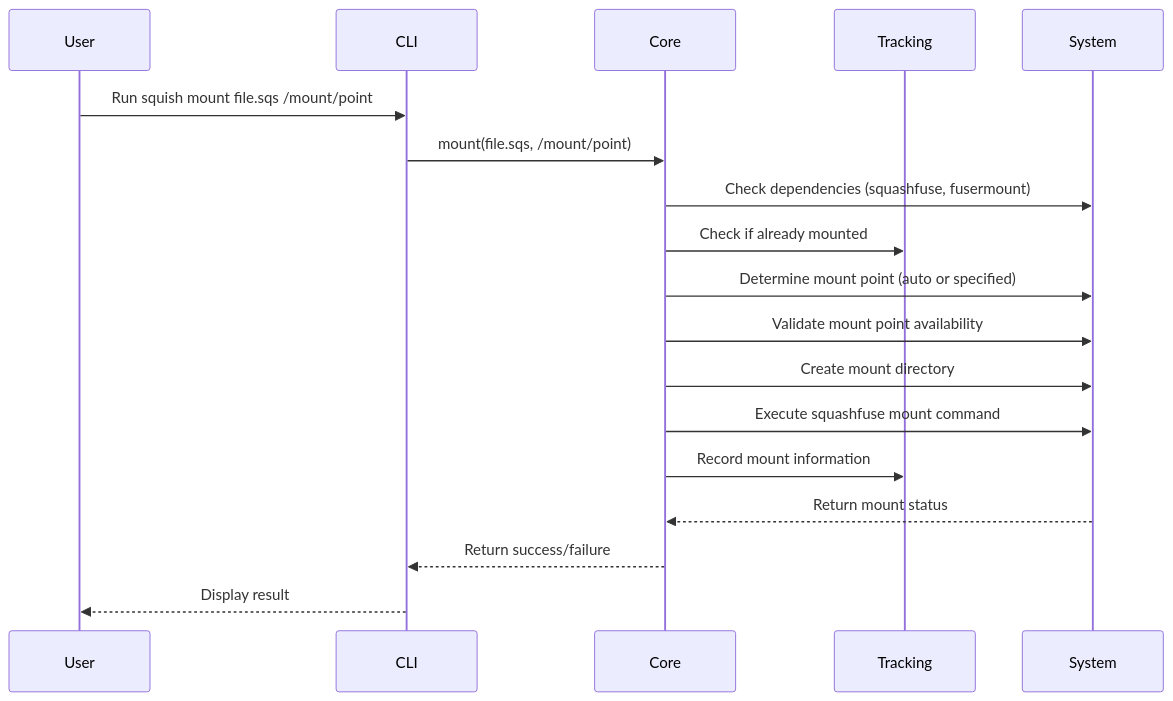
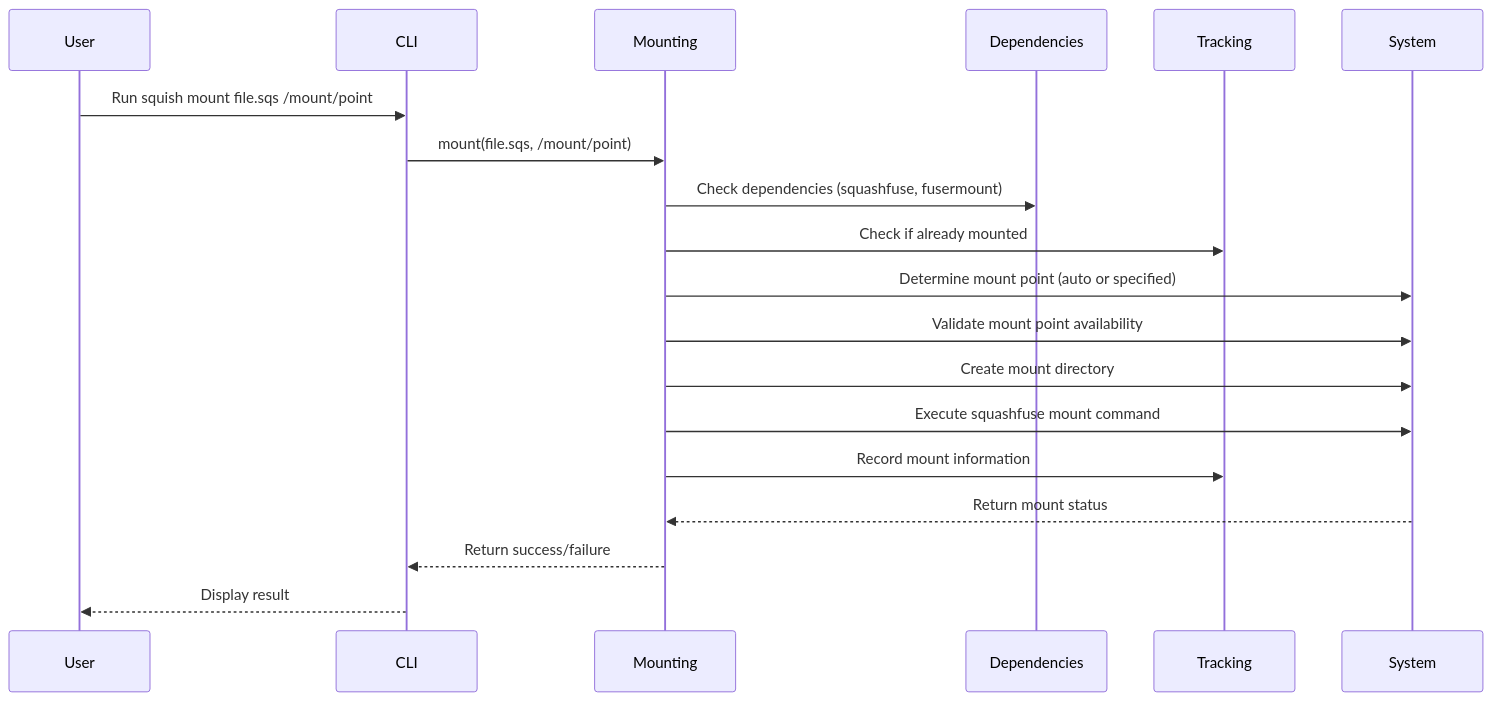
One commit to WombatFromHell/squashfs-archive-helper changed the third of 9 diagrams in DESIGN.md. Above: the diagram before and after it, drawn with Mermaid. The commit also changed other lines of this file and 26 other files, not shown here.

````diff
--- a/DESIGN.md
+++ b/DESIGN.md
@@ -193,21 +250,22 @@
 ```mermaid
 sequenceDiagram
     participant User
     participant CLI
-    participant Core
+    participant Mounting
+    participant Dependencies
     participant Tracking
     participant System
 
     User->>CLI: Run squish mount file.sqs /mount/point
-    CLI->>Core: mount(file.sqs, /mount/point)
-    Core->>System: Check dependencies (squashfuse, fusermount)
-    Core->>Tracking: Check if already mounted
-    Core->>System: Determine mount point (auto or specified)
-    Core->>System: Validate mount point availability
-    Core->>System: Create mount directory
-    Core->>System: Execute squashfuse mount command
-    Core->>Tracking: Record mount information
-    System-->>Core: Return mount status
-    Core-->>CLI: Return success/failure
+    CLI->>Mounting: mount(file.sqs, /mount/point)
+    Mounting->>Dependencies: Check dependencies (squashfuse, fusermount)
+    Mounting->>Tracking: Check if already mounted
+    Mounting->>System: Determine mount point (auto or specified)
+    Mounting->>System: Validate mount point availability
+    Mounting->>System: Create mount directory
+    Mounting->>System: Execute squashfuse mount command
+    Mounting->>Tracking: Record mount information
+    System-->>Mounting: Return mount status
+    Mounting-->>CLI: Return success/failure
     CLI-->>User: Display result
 ```
````
